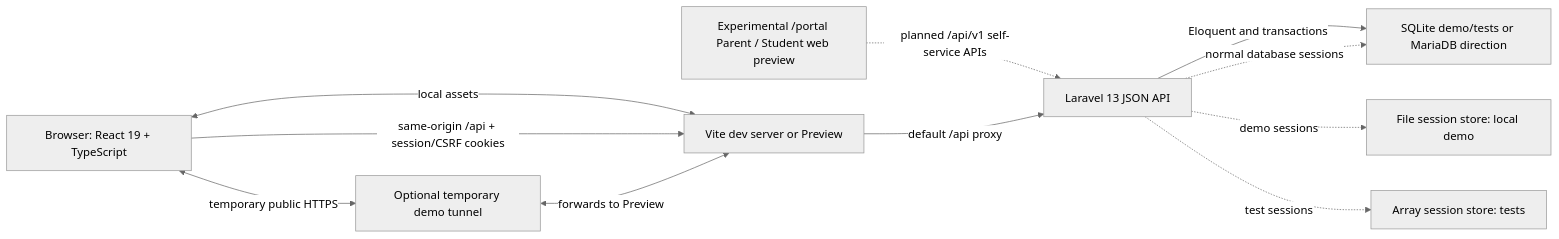
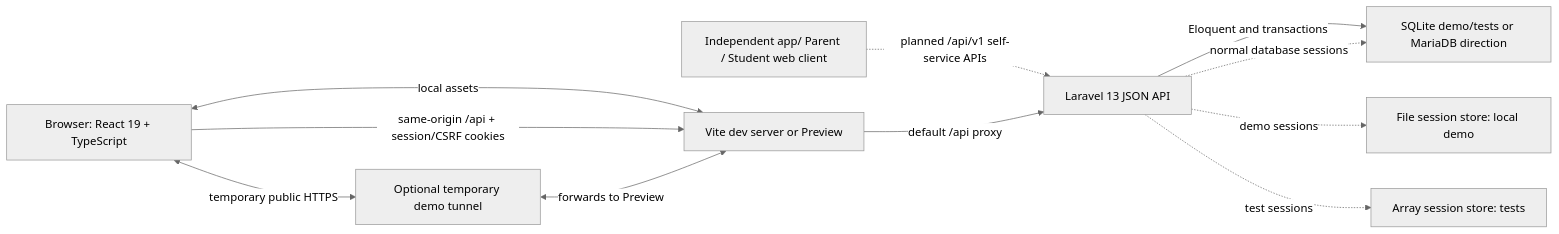
Before and after one commit to Kaikaiyng/Matahari: the diagram in docs/architecture.md, drawn with Mermaid (neutral theme). The commit also changed other lines of this file and 62 other files, not shown here.

Commit message:
feat: split admin and parent student apps

````diff
--- a/docs/architecture.md
+++ b/docs/architecture.md
@@ -9,22 +9,22 @@
 ```mermaid
 flowchart LR
     Browser["Browser: React 19 + TypeScript"]
-    Mobile["Experimental /portal Parent / Student web preview"]
+    Mobile["Independent app/ Parent / Student web client"]
     Vite["Vite dev server or Preview"]
     API["Laravel 13 JSON API"]
     DB["SQLite demo/tests or MariaDB direction"]
     Files["File session store: local demo"]
     Memory["Array session store: tests"]
     Tunnel["Optional temporary demo tunnel"]
 
     Browser <-->|"local assets"| Vite
     Mobile -.->|"planned /api/v1 self-service APIs"| API
     Browser -->|"same-origin /api + session/CSRF cookies"| Vite
     Browser <-->|"temporary public HTTPS"| Tunnel
     Tunnel <-->|"forwards to Preview"| Vite
     Vite -->|"default /api proxy"| API
     API -->|"Eloquent and transactions"| DB
     API -.->|"normal database sessions"| DB
     API -.->|"demo sessions"| Files
     API -.->|"test sessions"| Memory
 ```
````
